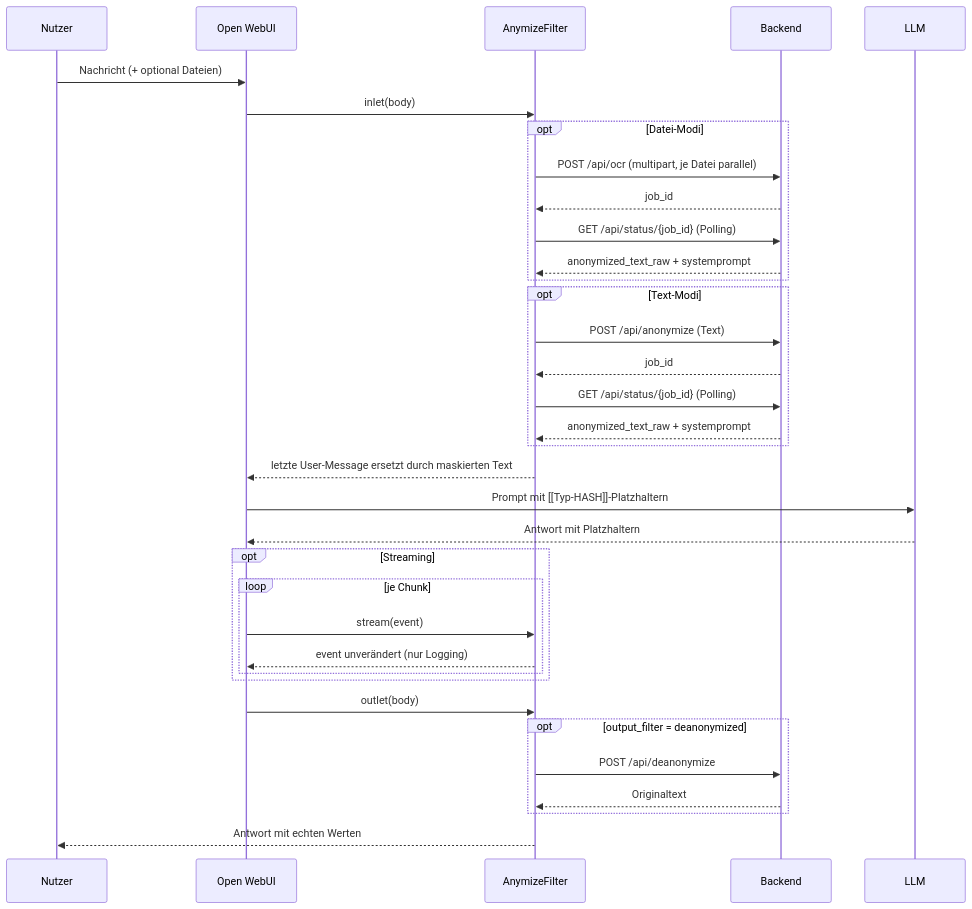
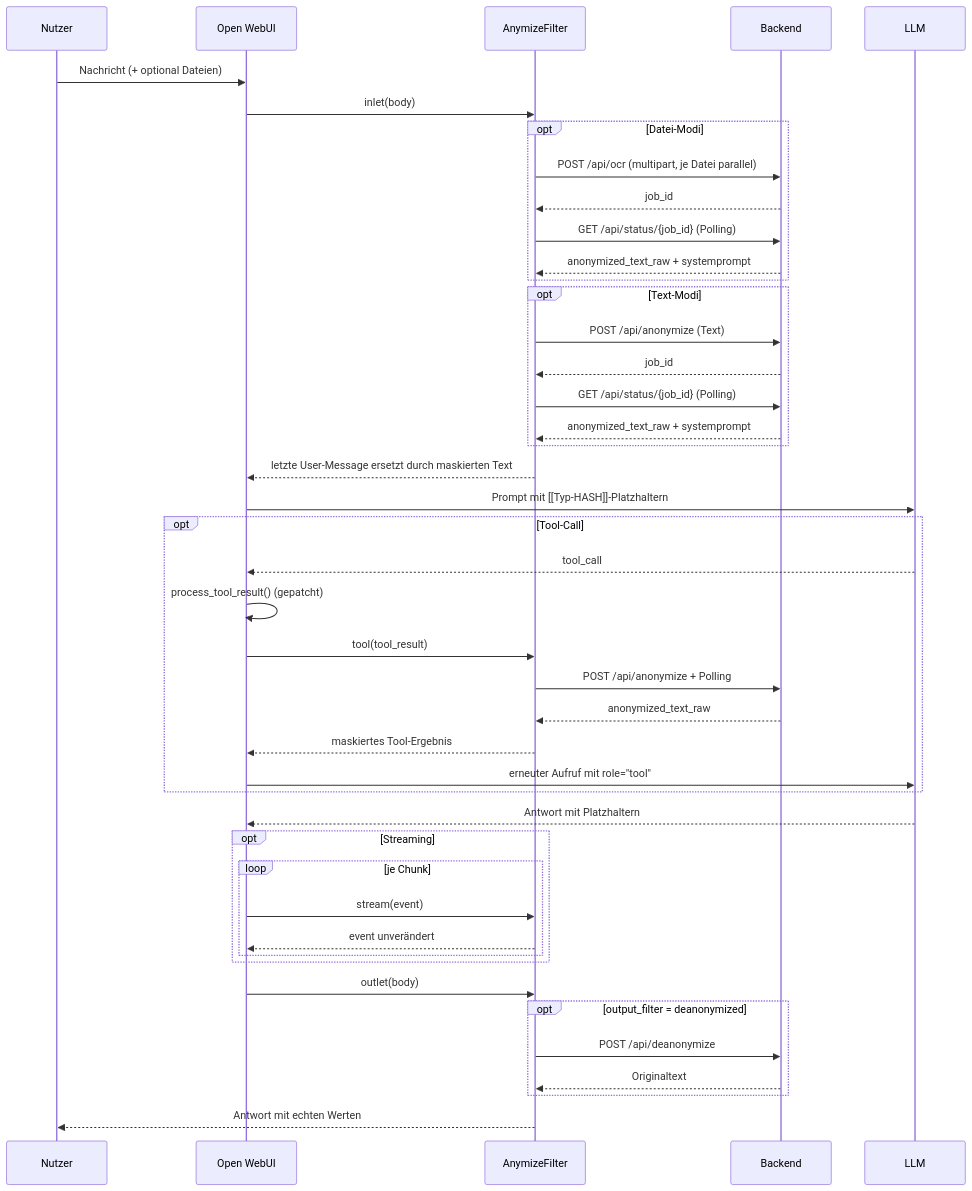
One commit to Matze2010/AnyomizeFilter changed the diagram in README.md. Above: the diagram before and after it, drawn with Mermaid. The commit also changed other lines of this file and 1 other file, not shown here.

````diff
--- a/README.md
+++ b/README.md
@@ -13,38 +13,47 @@
 ```mermaid
 sequenceDiagram
     participant U as Nutzer
     participant OWUI as Open WebUI
     participant F as AnymizeFilter
     participant A as Backend
     participant LLM as LLM
 
     U->>OWUI: Nachricht (+ optional Dateien)
     OWUI->>F: inlet(body)
     opt Datei-Modi
         F->>A: POST /api/ocr (multipart, je Datei parallel)
         A-->>F: job_id
         F->>A: GET /api/status/{job_id} (Polling)
         A-->>F: anonymized_text_raw + systemprompt
     end
     opt Text-Modi
         F->>A: POST /api/anonymize (Text)
         A-->>F: job_id
         F->>A: GET /api/status/{job_id} (Polling)
         A-->>F: anonymized_text_raw + systemprompt
     end
     F-->>OWUI: letzte User-Message ersetzt durch maskierten Text
     OWUI->>LLM: Prompt mit [[Typ-HASH]]-Platzhaltern
+    opt Tool-Call
+        LLM-->>OWUI: tool_call
+        OWUI->>OWUI: process_tool_result() (gepatcht)
+        OWUI->>F: tool(tool_result)
+        F->>A: POST /api/anonymize + Polling
+        A-->>F: anonymized_text_raw
+        F-->>OWUI: maskiertes Tool-Ergebnis
+        OWUI->>LLM: erneuter Aufruf mit role="tool"
+    end
     LLM-->>OWUI: Antwort mit Platzhaltern
     opt Streaming
         loop je Chunk
             OWUI->>F: stream(event)
-            F-->>OWUI: event unverändert (nur Logging)
+            F-->>OWUI: event unverändert
         end
     end
     OWUI->>F: outlet(body)
     opt output_filter = deanonymized
         F->>A: POST /api/deanonymize
         A-->>F: Originaltext
     end
     F-->>U: Antwort mit echten Werten
 ```
````
